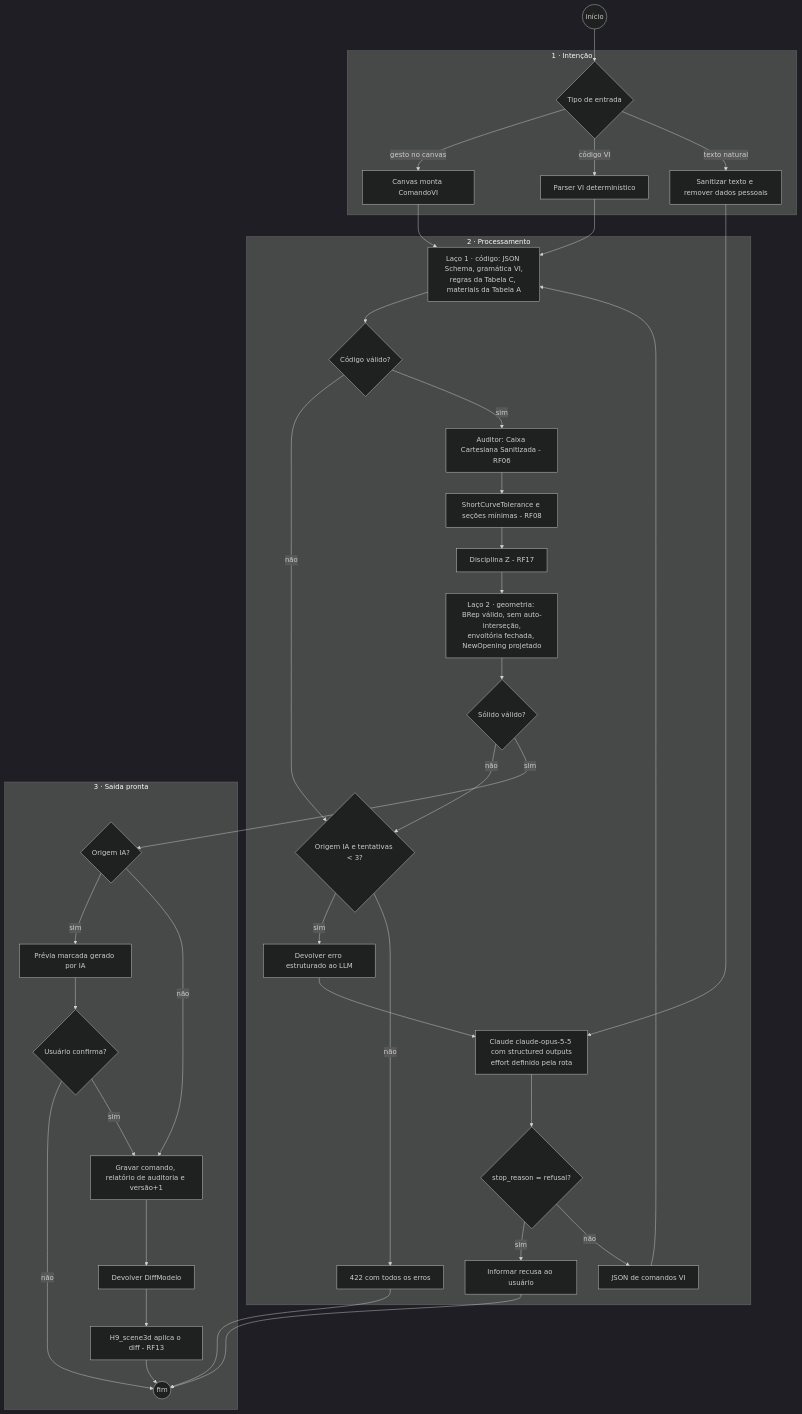
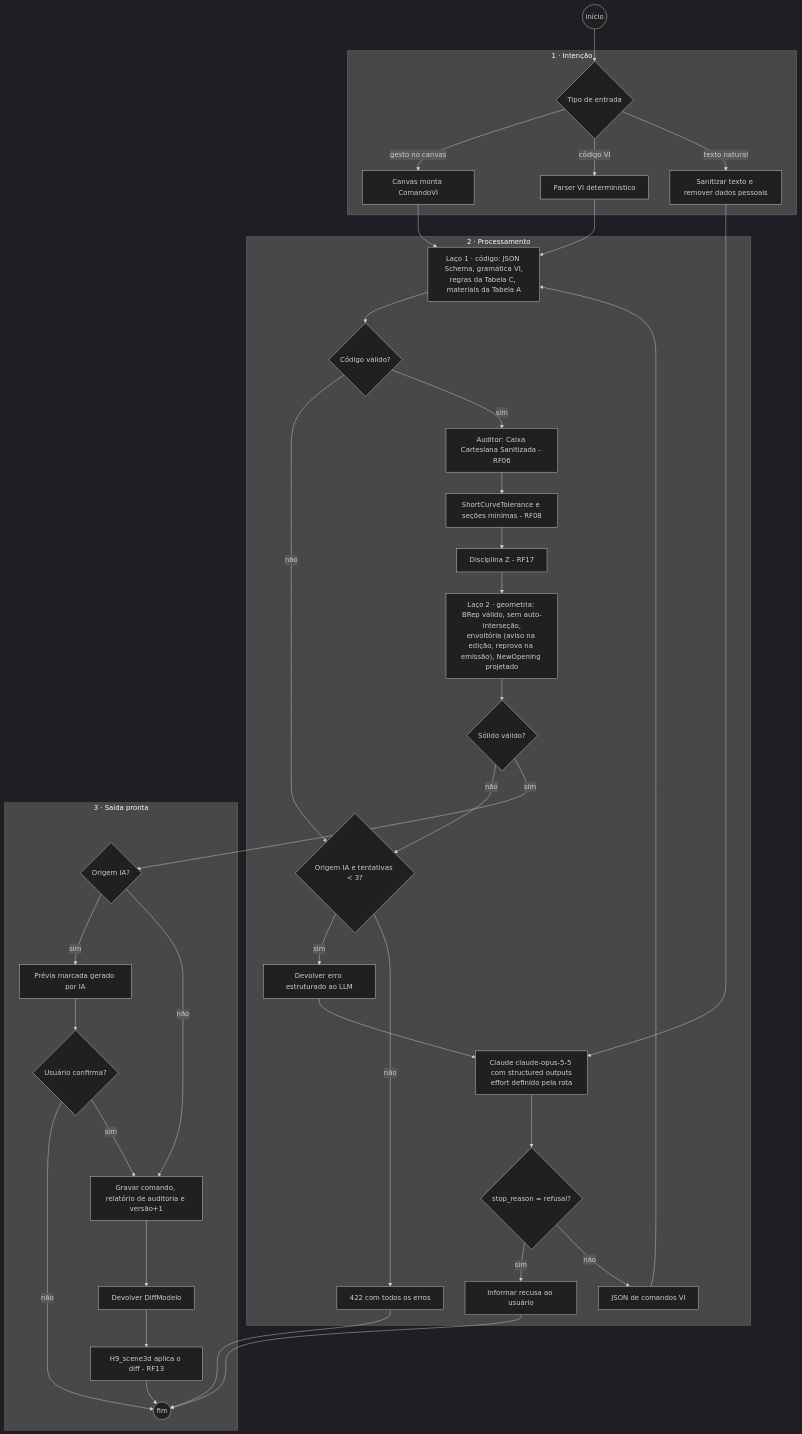
The first of 3 diagrams in docs/DIAGRAMA_ATIVIDADES.md (MatheusHaliski/CivilConstructorAI), drawn with Mermaid (dark theme) before and after one commit. The commit also changed other lines of this file and 5 other files, not shown here.

````diff
--- a/docs/DIAGRAMA_ATIVIDADES.md
+++ b/docs/DIAGRAMA_ATIVIDADES.md
@@ -20,40 +20,40 @@
 ```mermaid
 flowchart TD
   ini((início)) --> i1{"Tipo de entrada"}
   subgraph T1["1 · Intenção"]
     i1 -- "gesto no canvas" --> i2["Canvas monta ComandoVI"]
     i1 -- "código VI" --> i3["Parser VI determinístico"]
     i1 -- "texto natural" --> i4["Sanitizar texto e remover dados pessoais"]
   end
   subgraph T2["2 · Processamento"]
     i4 --> p1["Claude claude-opus-5-5 com structured outputs<br/>effort definido pela rota"]
     p1 --> p2{"stop_reason = refusal?"}
     p2 -- sim --> p2e["Informar recusa ao usuário"]
     p2 -- não --> p3["JSON de comandos VI"]
     i2 --> l1
     i3 --> l1
     p3 --> l1["Laço 1 · código: JSON Schema, gramática VI,<br/>regras da Tabela C, materiais da Tabela A"]
     l1 --> d1{"Código válido?"}
     d1 -- não --> r1{"Origem IA e tentativas < 3?"}
     r1 -- sim --> p1c["Devolver erro estruturado ao LLM"] --> p1
     r1 -- não --> e422["422 com todos os erros"]
     d1 -- sim --> a1["Auditor: Caixa Cartesiana Sanitizada - RF06"]
     a1 --> a2["ShortCurveTolerance e seções mínimas - RF08"]
     a2 --> a3["Disciplina Z - RF17"]
-    a3 --> l2["Laço 2 · geometria: BRep válido, sem auto-interseção,<br/>envoltória fechada, NewOpening projetado"]
+    a3 --> l2["Laço 2 · geometria: BRep válido, sem auto-interseção,<br/>envoltória (aviso na edição, reprova na emissão), NewOpening projetado"]
     l2 --> d2{"Sólido válido?"}
     d2 -- não --> r1
   end
   subgraph T3["3 · Saída pronta"]
     d2 -- sim --> s0{"Origem IA?"}
     s0 -- sim --> s1["Prévia marcada gerado por IA"] --> s2{"Usuário confirma?"}
     s2 -- não --> fim((fim))
     s0 -- não --> s3
     s2 -- sim --> s3["Gravar comando, relatório de auditoria e versão+1"]
     s3 --> s4["Devolver DiffModelo"]
     s4 --> s5["H9_scene3d aplica o diff - RF13"]
   end
   s5 --> fim
   e422 --> fim
   p2e --> fim
 ```
````
